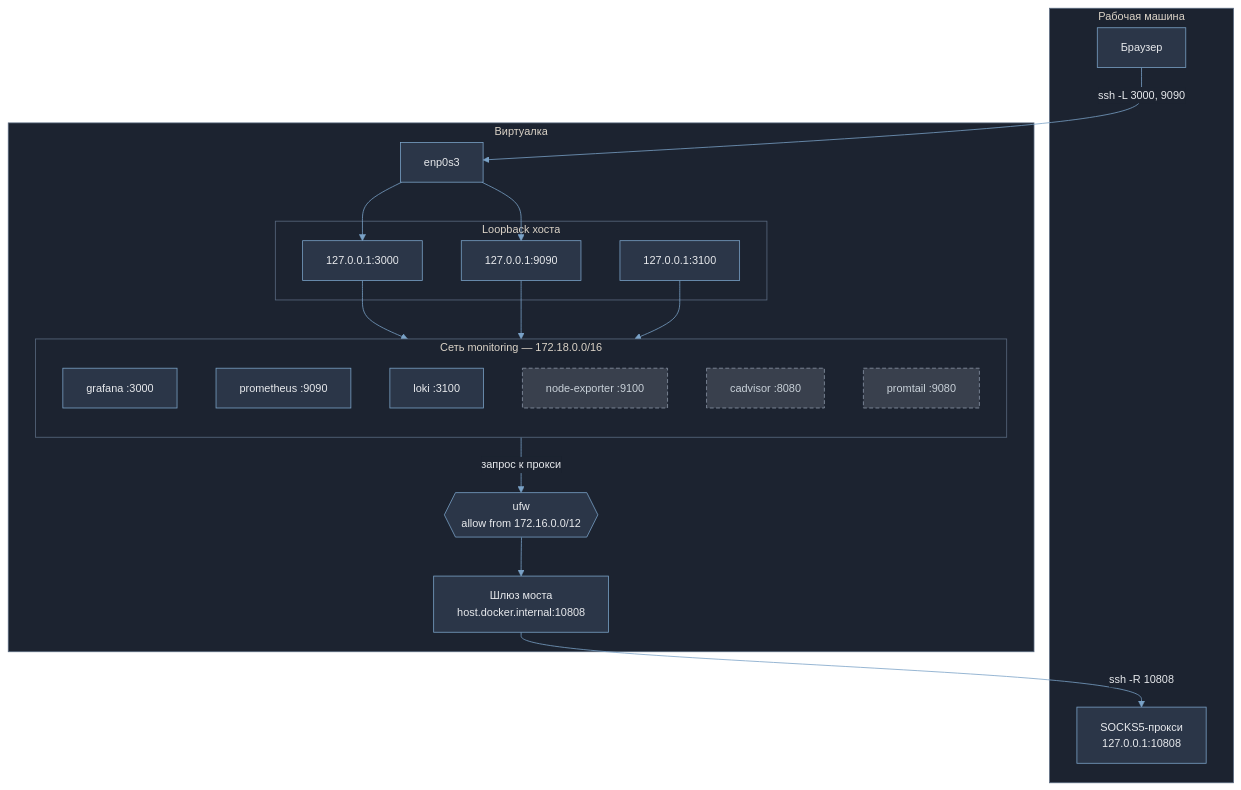
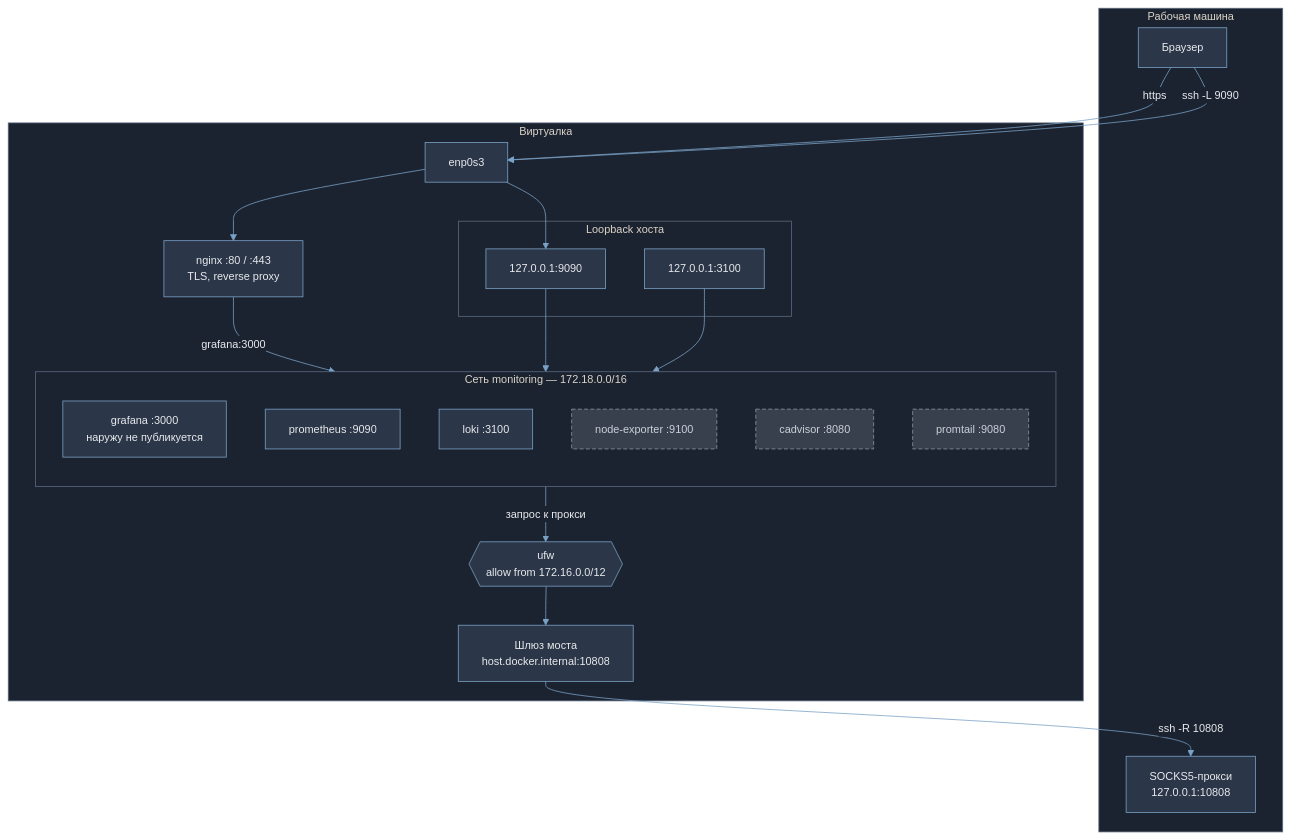
The second of 4 diagrams in README.md (osltbs/docker-monitoring-stack), drawn with Mermaid before and after one commit. The commit also changed other lines of this file and 11 other files, not shown here.

First line of the commit message:
nginx с TLS перед Grafana, systemd-юнит

````diff
--- a/README.md
+++ b/README.md
@@ -108,45 +117,47 @@
 ```mermaid
 %%{init: {'theme':'base','themeVariables':{'lineColor':'#7aa2c7','primaryColor':'#2b3648','primaryTextColor':'#e8eaed','primaryBorderColor':'#7aa2c7','secondaryColor':'#3a4658','tertiaryColor':'#242c38','edgeLabelBackground':'#1c2330','clusterBkg':'#1c2330','clusterBorder':'#5a6a80','fontSize':'14px'}}}%%
 flowchart TB
     subgraph LAPTOP["Рабочая машина"]
         BROWSER["Браузер"]
         V2RAY["SOCKS5-прокси<br/>127.0.0.1:10808"]
     end
 
     subgraph VM["Виртуалка"]
         ETH["enp0s3"]
 
+        NGX["nginx :80 / :443<br/>TLS, reverse proxy"]
+
         subgraph LO["Loopback хоста"]
-            P3000["127.0.0.1:3000"]
             P9090["127.0.0.1:9090"]
             P3100["127.0.0.1:3100"]
         end
 
         GW["Шлюз моста<br/>host.docker.internal:10808"]
         UFW{{"ufw<br/>allow from 172.16.0.0/12"}}
 
         subgraph NET["Сеть monitoring — 172.18.0.0/16"]
             direction TB
-            GRAF["grafana :3000"]
+            GRAF["grafana :3000<br/>наружу не публикуется"]
             PROM["prometheus :9090"]
             LOKI["loki :3100"]
             NE["node-exporter :9100"]
             CAD["cadvisor :8080"]
             PT["promtail :9080"]
         end
     end
 
-    BROWSER -->|"ssh -L 3000, 9090"| ETH
-    ETH --> P3000
+    BROWSER -->|"https"| ETH
+    BROWSER -->|"ssh -L 9090"| ETH
+    ETH --> NGX
     ETH --> P9090
-    P3000 --> GRAF
+    NGX -->|"grafana:3000"| GRAF
     P9090 --> PROM
     P3100 --> LOKI
 
     GRAF -->|запрос к прокси| UFW
     UFW --> GW
     GW -->|"ssh -R 10808"| V2RAY
 
     classDef nopub fill:#39404d,stroke:#8b97a8,color:#c9d1d9,stroke-dasharray: 5 3
     class NE,CAD,PT nopub
 ```
````
